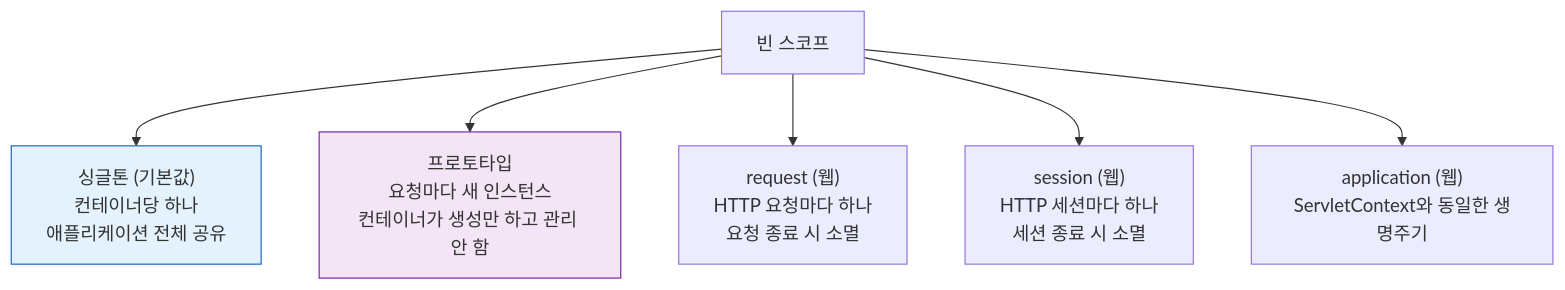
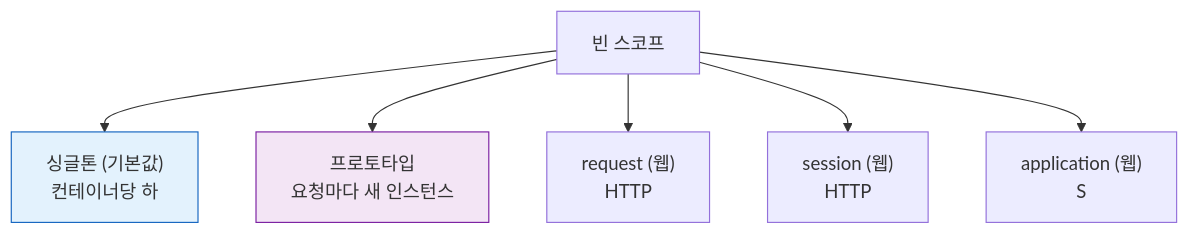
Before and after one commit to yjkim2015/yjkim2015.github.io: the sixth of 6 diagrams in _posts/spring/2022-06-16-싱글톤 레지스트리와 오브젝트 스코프.md, drawn with Mermaid. The commit also changed other lines of this file and 271 other files, not shown here.

First line of the commit message:
Mermaid 라벨 축소: 긴 노드 텍스트 18자 이하로 트림 + \n 제거

````diff
--- a/_posts/spring/2022-06-16-싱글톤 레지스트리와 오브젝트 스코프.md
+++ b/_posts/spring/2022-06-16-싱글톤 레지스트리와 오브젝트 스코프.md
@@ -222,11 +222,11 @@
 ```mermaid
 graph TD
     SCOPE["빈 스코프"]
-    SCOPE --> SINGLETON["싱글톤 (기본값)\n컨테이너당 하나\n애플리케이션 전체 공유"]
-    SCOPE --> PROTOTYPE["프로토타입\n요청마다 새 인스턴스\n컨테이너가 생성만 하고 관리 안 함"]
-    SCOPE --> REQUEST["request (웹)\nHTTP 요청마다 하나\n요청 종료 시 소멸"]
-    SCOPE --> SESSION["session (웹)\nHTTP 세션마다 하나\n세션 종료 시 소멸"]
-    SCOPE --> APP["application (웹)\nServletContext와 동일한 생명주기"]
+    SCOPE --> SINGLETON["싱글톤 (기본값)\n컨테이너당 하"]
+    SCOPE --> PROTOTYPE["프로토타입\n요청마다 새 인스턴스"]
+    SCOPE --> REQUEST["request (웹)\nHTTP"]
+    SCOPE --> SESSION["session (웹)\nHTTP"]
+    SCOPE --> APP["application (웹)\nS"]
     style SINGLETON fill:#e3f2fd,stroke:#1565c0
     style PROTOTYPE fill:#f3e5f5,stroke:#7b1fa2
 ```
````
